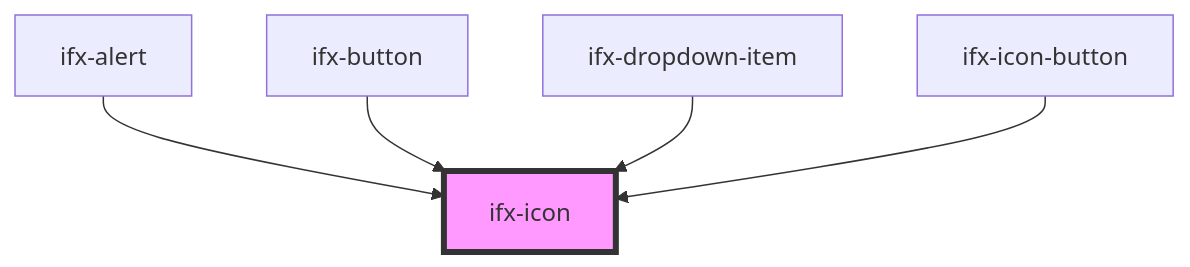
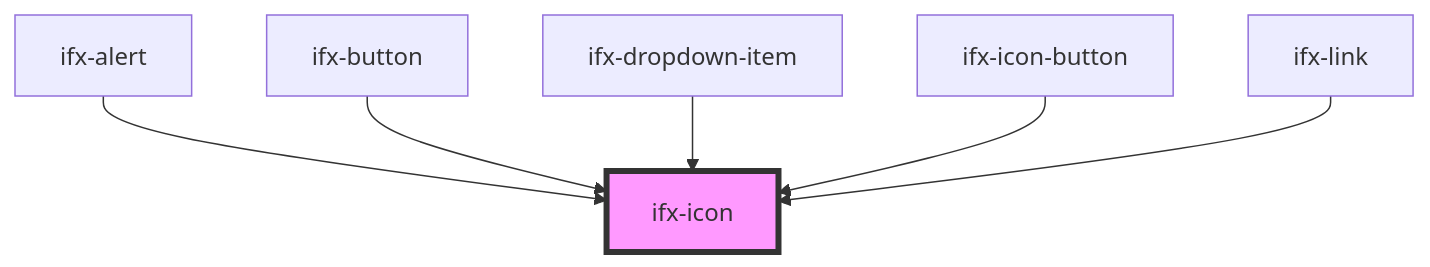
Before and after one commit to Infineon/infineon-design-system-stencil: the diagram in src/components/icon/readme.md, drawn with Mermaid. The commit also changed other lines of this file and 21 other files, not shown here.

````diff
--- a/src/components/icon/readme.md
+++ b/src/components/icon/readme.md
@@ -26,8 +27,9 @@
 ```mermaid
 graph TD;
   ifx-alert --> ifx-icon
   ifx-button --> ifx-icon
   ifx-dropdown-item --> ifx-icon
   ifx-icon-button --> ifx-icon
+  ifx-link --> ifx-icon
   style ifx-icon fill:#f9f,stroke:#333,stroke-width:4px
 ```
````
